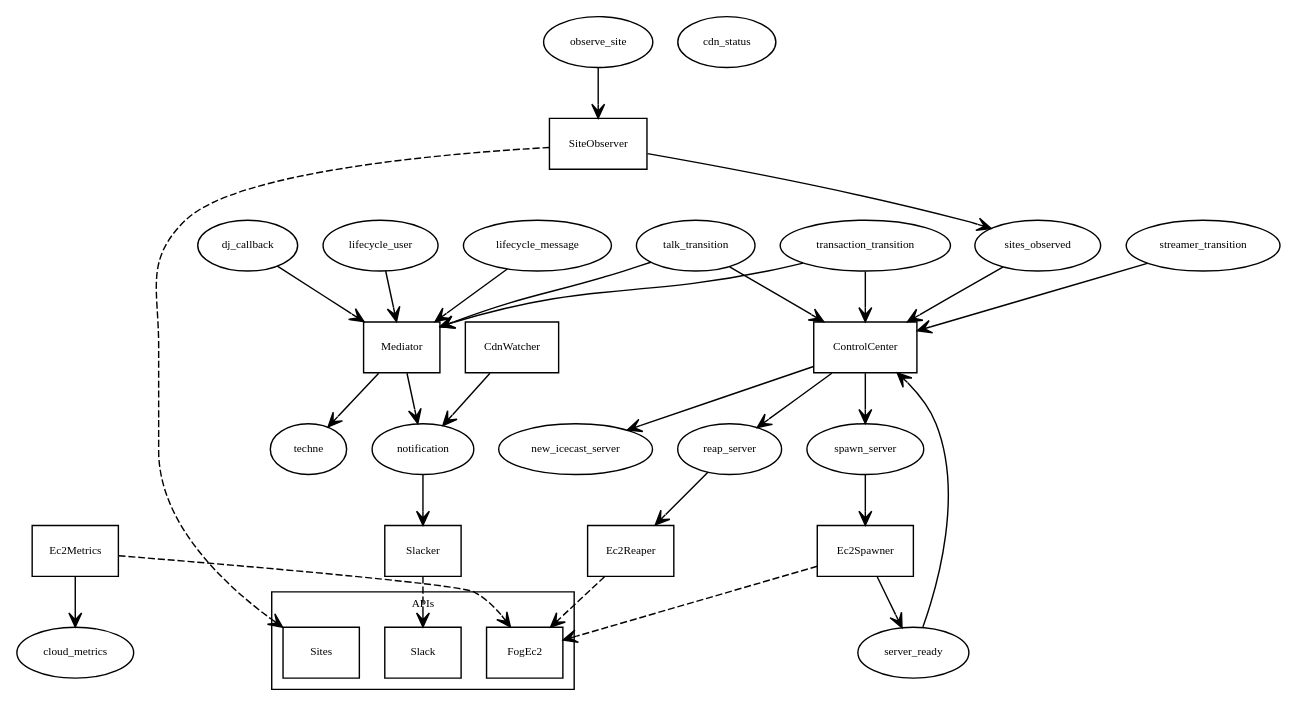
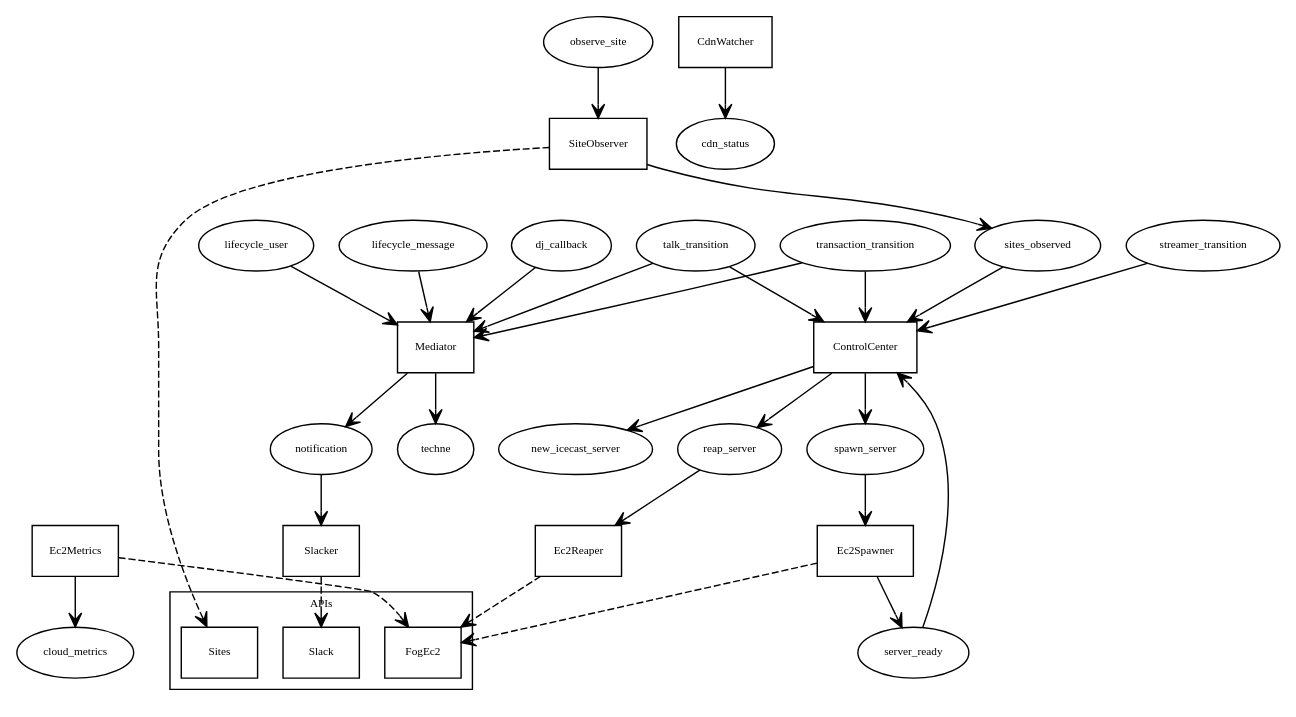
Before and after one commit to voicerepublic/voicerepublic_dev: the diagram in doc/microservices.dot, drawn with Graphviz. The commit also changed 1 other file, not shown here.

```diff
--- a/doc/microservices.dot
+++ b/doc/microservices.dot
@@ -1,160 +1,160 @@
 // ---------------------------------------- dot template
 digraph G {
   // basic settings
   fontname = "Bitstream Vera Sans"
   fontsize = 8
   edge [
     fontname = "Bitstream Vera Sans"
     fontsize = 8
   ]
   node [
     fontname = "Bitstream Vera Sans"
     fontsize = 8
   ]
 
   // services
   node [
     shape = "rectangle"
   ]
   
   Ec2Metrics
 
   CdnWatcher
     
   SiteObserver
     
   ControlCenter
     
   Ec2Reaper
     
   Slacker
     
   Mediator
     
   Ec2Spawner
     
 
   // exchanges
   node [
     shape = "oval"
   ]
 
   cdn_status
 
   cloud_metrics
 
   observe_site
   
   sites_observed
   
   streamer_transition
   
   server_ready
   
   talk_transition
   
   transaction_transition
   
   spawn_server
   
   new_icecast_server
   
   reap_server
   
   notification
   
   dj_callback
   
   lifecycle_user
   
   lifecycle_message
   
   techne
   
 
   // apis
   subgraph cluster_0 {
 			label="APIs";
       node [
         shape = "rectangle"
       ]
       
       FogEc2
       
       Sites
       
       Slack
       
   }
 
   // amqp
   edge [
     arrowtail = "none"
     arrowhead = "open"
   ]
   
   Ec2Metrics -> cloud_metrics
 
-  CdnWatcher -> notification 
+  CdnWatcher -> cdn_status 
   
   observe_site -> SiteObserver
   
   SiteObserver -> sites_observed
   
   streamer_transition -> ControlCenter
   
   sites_observed -> ControlCenter
   
   server_ready -> ControlCenter
   
   talk_transition -> ControlCenter
   
   transaction_transition -> ControlCenter
   
   ControlCenter -> spawn_server
   
   ControlCenter -> new_icecast_server
   
   ControlCenter -> reap_server
   
   reap_server -> Ec2Reaper
   
   notification -> Slacker
   
   dj_callback -> Mediator
   
   talk_transition -> Mediator
   
   lifecycle_user -> Mediator
   
   lifecycle_message -> Mediator
   
   transaction_transition -> Mediator
   
   Mediator -> notification
   
   Mediator -> techne
   
   spawn_server -> Ec2Spawner
   
   Ec2Spawner -> server_ready
   
 
   // http
   edge [
     arrowtail = "none"
     arrowhead = "open"
     style     = "dashed"
   ]
   
   Ec2Metrics -> FogEc2
   
   SiteObserver -> Sites
   
   Ec2Reaper -> FogEc2
   
   Slacker -> Slack
   
   Ec2Spawner -> FogEc2
   
 }
```
